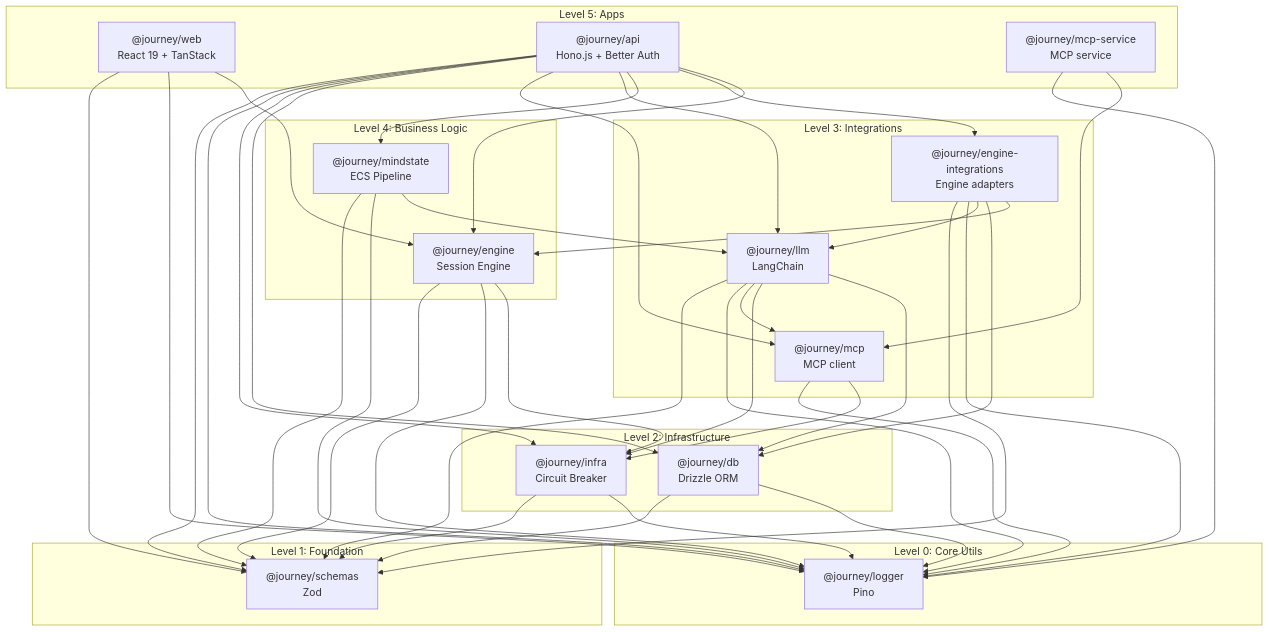
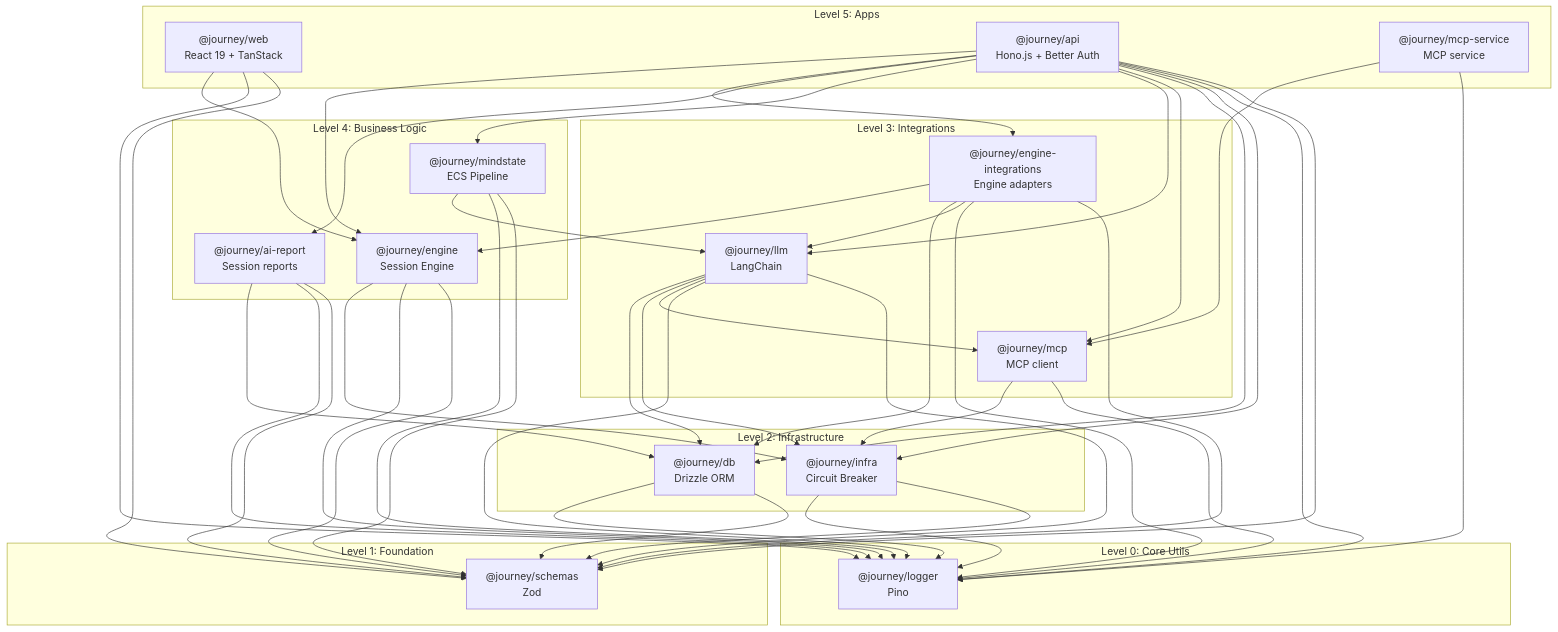
Before and after one commit to derevyan/endless-journey: the diagram in docs/dev/architecture/packages.md, drawn with Mermaid. The commit also changed other lines of this file and 19 other files, not shown here.

```diff
--- a/docs/dev/architecture/packages.md
+++ b/docs/dev/architecture/packages.md
@@ -66,6 +68,7 @@
     subgraph "Level 4: Business Logic"
         ENGINE["@journey/engine<br/>Session Engine"]
         MIND["@journey/mindstate<br/>ECS Pipeline"]
+        AIREP["@journey/ai-report<br/>Session reports"]
     end
 
     subgraph "Level 3: Integrations"
@@ -93,6 +96,7 @@
 
     API --> ENGINE
     API --> ENG_INT
+    API --> AIREP
     API --> MIND
     API --> LLM
     API --> MCP
@@ -118,6 +122,10 @@
     MIND --> LOG
     MIND --> SCHEMAS
 
+    AIREP --> DB
+    AIREP --> LOG
+    AIREP --> SCHEMAS
+
     LLM --> DB
     LLM --> INFRA
     LLM --> MCP
```
